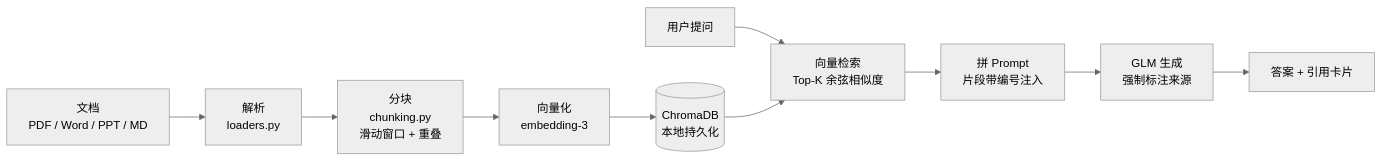
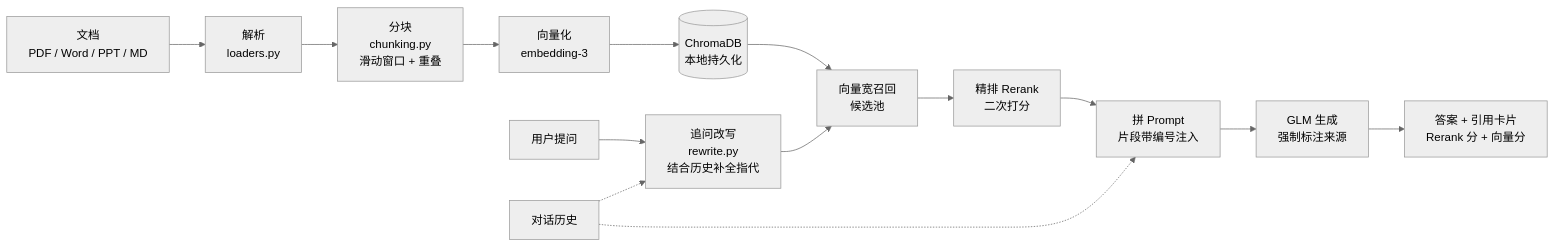
One commit to Yoshino-0721/rag-knowledge-base changed the diagram in README.md. Above: the diagram before and after it, drawn with Mermaid (neutral theme). The commit also changed other lines of this file and 18 other files, not shown here.

````diff
--- a/README.md
+++ b/README.md
@@ -55,13 +59,17 @@
 ```mermaid
 flowchart LR
     A["文档<br/>PDF / Word / PPT / MD"] --> B["解析<br/>loaders.py"]
     B --> C["分块<br/>chunking.py<br/>滑动窗口 + 重叠"]
     C --> D["向量化<br/>embedding-3"]
     D --> E[("ChromaDB<br/>本地持久化")]
 
-    Q["用户提问"] --> R["向量检索<br/>Top-K 余弦相似度"]
+    Q["用户提问"] --> RW["追问改写<br/>rewrite.py<br/>结合历史补全指代"]
+    H2["对话历史"] -.-> RW
+    H2 -.-> G
+    RW --> R["向量宽召回<br/>候选池"]
     E --> R
-    R --> G["拼 Prompt<br/>片段带编号注入"]
+    R --> RR["精排 Rerank<br/>二次打分"]
+    RR --> G["拼 Prompt<br/>片段带编号注入"]
     G --> H["GLM 生成<br/>强制标注来源"]
-    H --> I["答案 + 引用卡片"]
+    H --> I["答案 + 引用卡片<br/>Rerank 分 + 向量分"]
 ```
````
